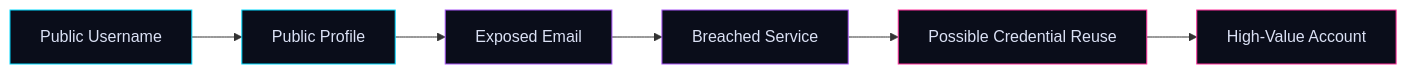
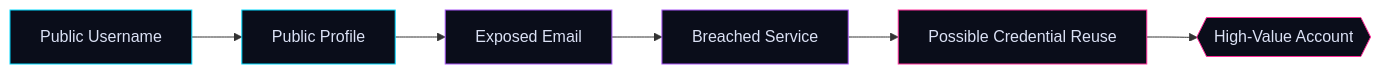
The third of 4 diagrams in README.md (srivastavaprisha29-ops/CyberTwin), drawn with Mermaid before and after one commit. The commit also changed other lines of this file, not shown here.

````diff
--- a/README.md
+++ b/README.md
@@ -107,15 +125,15 @@
 ```mermaid
 flowchart LR
     A[Public Username] --> B[Public Profile]
     B --> C[Exposed Email]
     C --> D[Breached Service]
     D --> E[Possible Credential Reuse]
-    E --> F[High-Value Account]
+    E --> F{{High-Value Account}}
 
     style A fill:#0a0d1a,stroke:#00d9ff,color:#dbe1f5
     style B fill:#0a0d1a,stroke:#00d9ff,color:#dbe1f5
     style C fill:#0a0d1a,stroke:#a855f7,color:#dbe1f5
     style D fill:#0a0d1a,stroke:#a855f7,color:#dbe1f5
     style E fill:#0a0d1a,stroke:#ff2e9a,color:#dbe1f5
     style F fill:#0a0d1a,stroke:#ff2e9a,color:#dbe1f5
 ```
````
